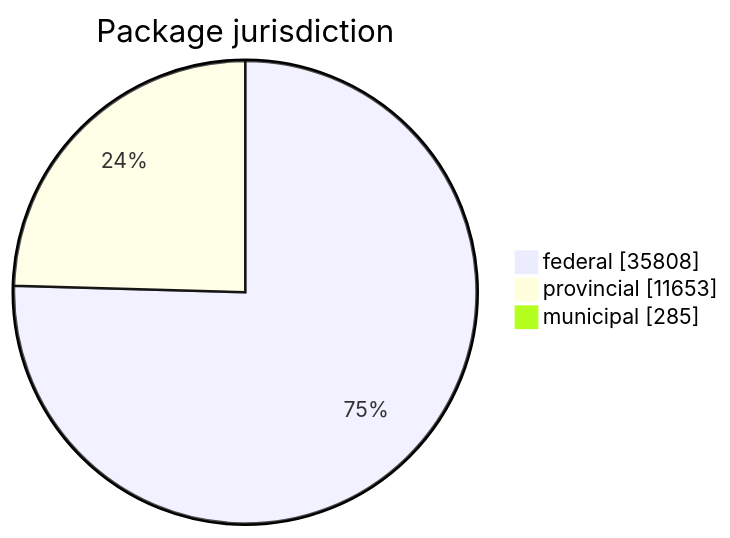
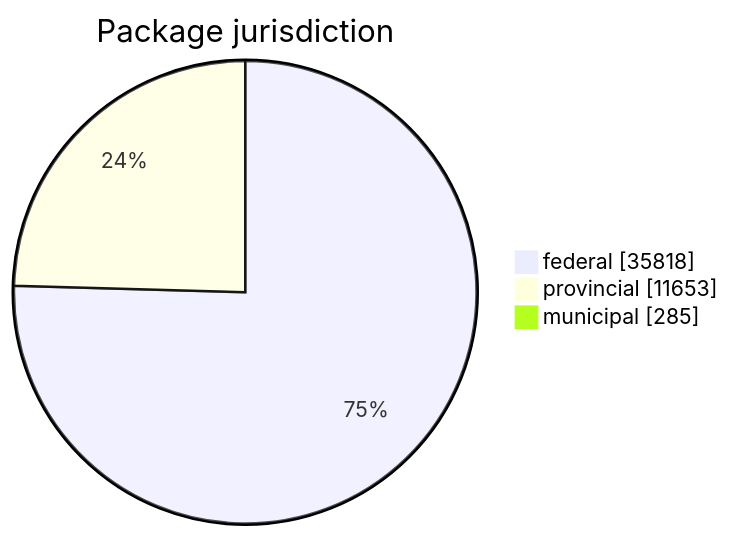
Before and after one commit to open-data/analytics-corporate-reporting: the first of 5 diagrams in FreshCheck/README.md, drawn with Mermaid. The commit also changed other lines of this file and 3 other files, not shown here.

````diff
--- a/FreshCheck/README.md
+++ b/FreshCheck/README.md
@@ -60,6 +60,6 @@
 ```mermaid
 pie showData title Package jurisdiction
-    "federal": 35808
+    "federal": 35818
     "provincial": 11653
     "municipal": 285
 ```
````
